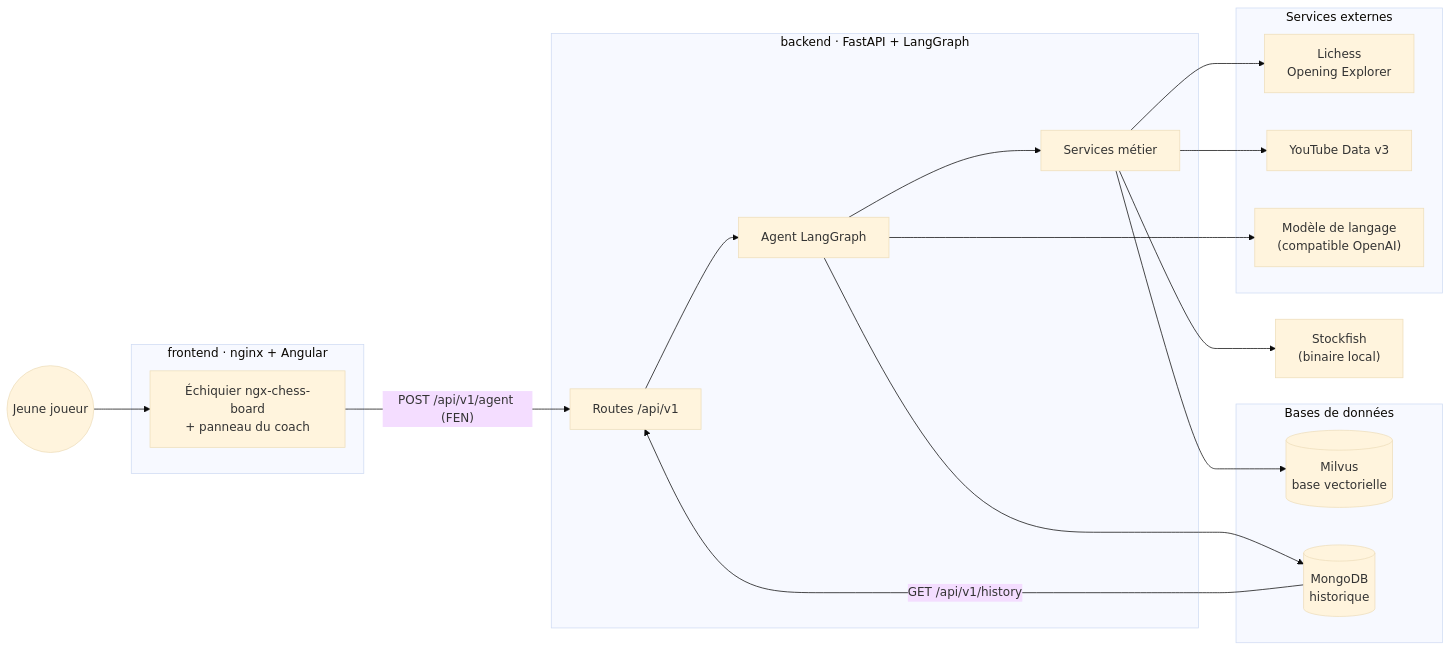
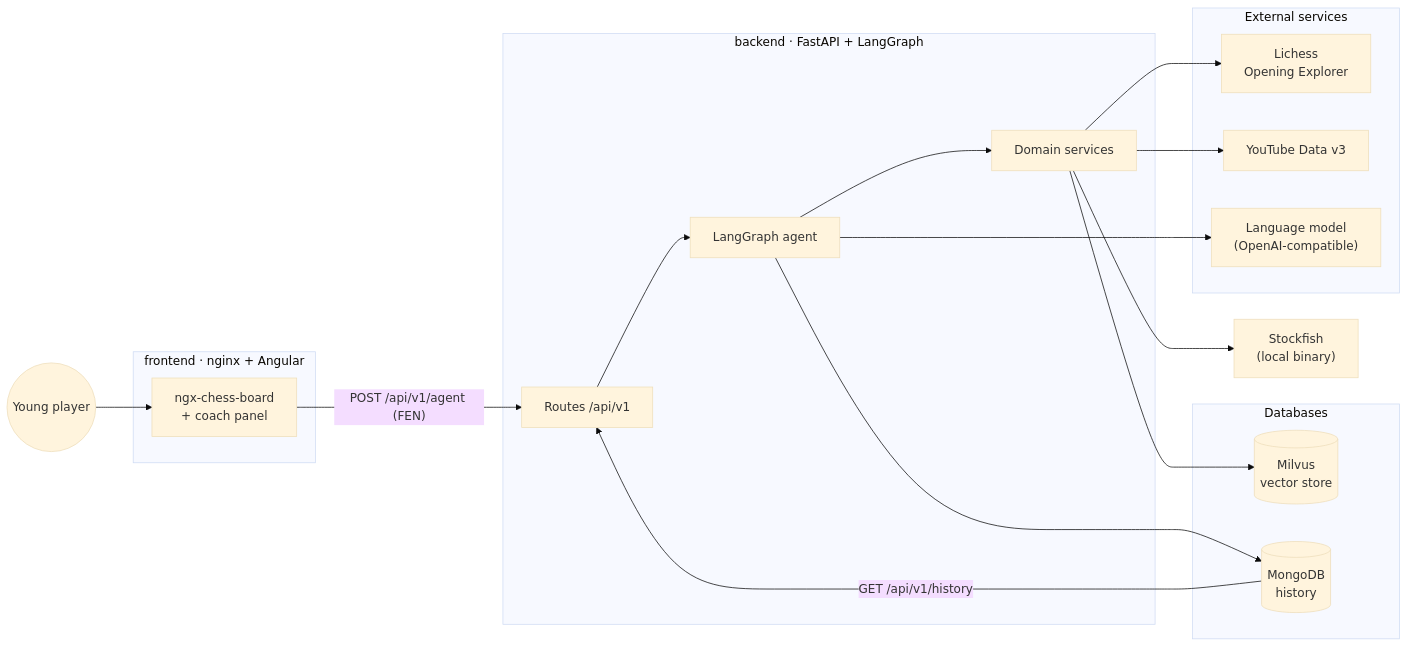
Before and after one commit to BenoitJT-GIRARD/lab-chess-coach-agent: the first of 3 diagrams in docs/architecture.md, drawn with Mermaid (base theme). The commit also changed other lines of this file and 16 other files, not shown here.

````diff
--- a/docs/architecture.md
+++ b/docs/architecture.md
@@ -14,39 +12,39 @@
 ```mermaid
 flowchart LR
-    USER(("Jeune joueur"))
+    USER(("Young player"))
 
     subgraph FRONT["frontend · nginx + Angular"]
-        UI["Échiquier ngx-chess-board<br/>+ panneau du coach"]
+        UI["ngx-chess-board<br/>+ coach panel"]
     end
 
     subgraph BACK["backend · FastAPI + LangGraph"]
         API["Routes /api/v1"]
-        AGENT["Agent LangGraph"]
-        SERVICES["Services métier"]
+        AGENT["LangGraph agent"]
+        SERVICES["Domain services"]
     end
 
-    subgraph DATA["Bases de données"]
-        MILVUS[("Milvus<br/>base vectorielle")]
-        MONGO[("MongoDB<br/>historique")]
+    subgraph DATA["Databases"]
+        MILVUS[("Milvus<br/>vector store")]
+        MONGO[("MongoDB<br/>history")]
     end
 
-    subgraph EXT["Services externes"]
+    subgraph EXT["External services"]
         LICHESS["Lichess<br/>Opening Explorer"]
         YT["YouTube Data v3"]
-        LLM["Modèle de langage<br/>(compatible OpenAI)"]
+        LLM["Language model<br/>(OpenAI-compatible)"]
     end
 
-    SF["Stockfish<br/>(binaire local)"]
+    SF["Stockfish<br/>(local binary)"]
 
     USER --> UI
     UI -->|"POST /api/v1/agent (FEN)"| API
     API --> AGENT
     AGENT --> SERVICES
     SERVICES --> LICHESS
     SERVICES --> SF
     SERVICES --> MILVUS
     SERVICES --> YT
     AGENT --> LLM
     AGENT --> MONGO
     MONGO -->|"GET /api/v1/history"| API
 ```
````
